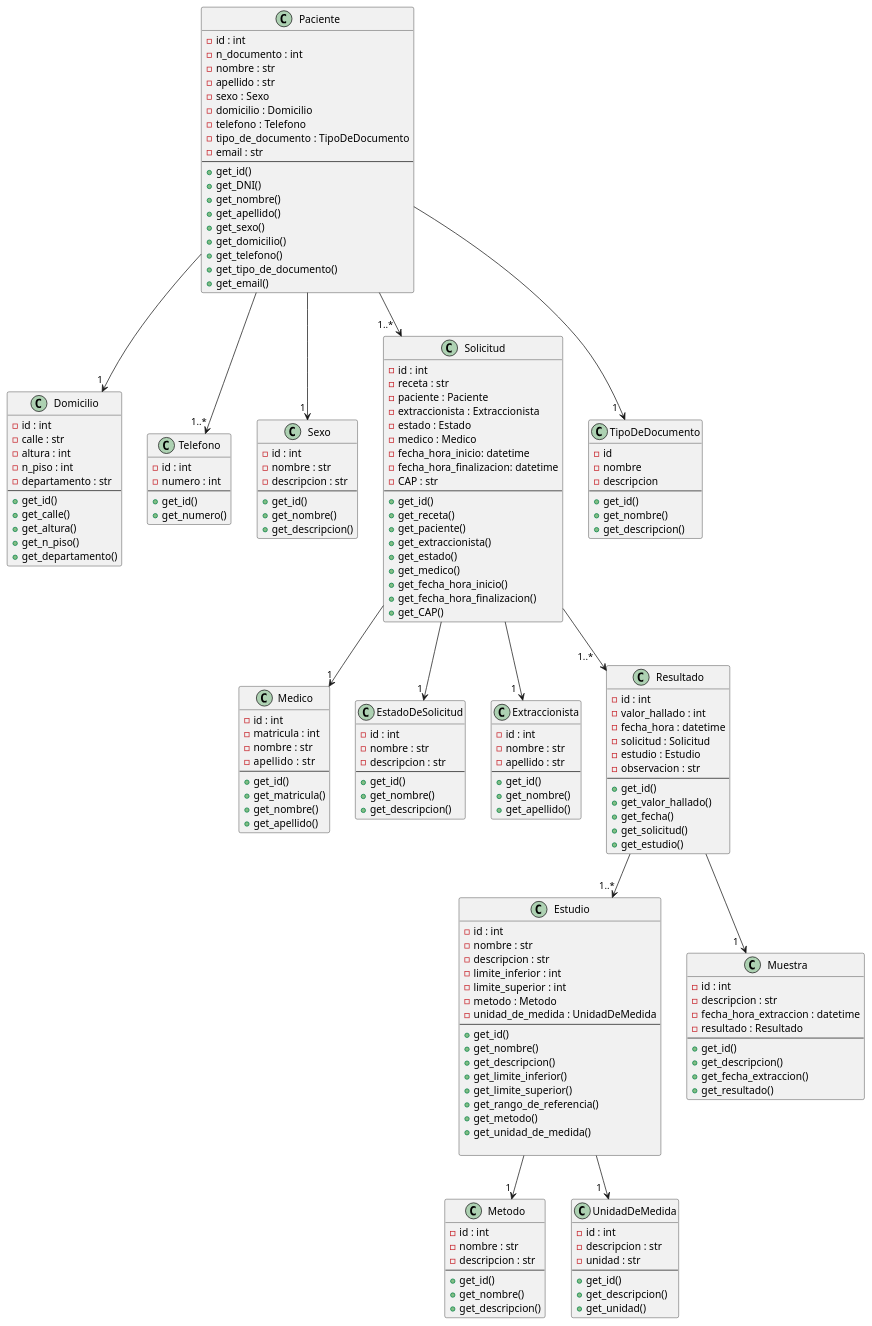
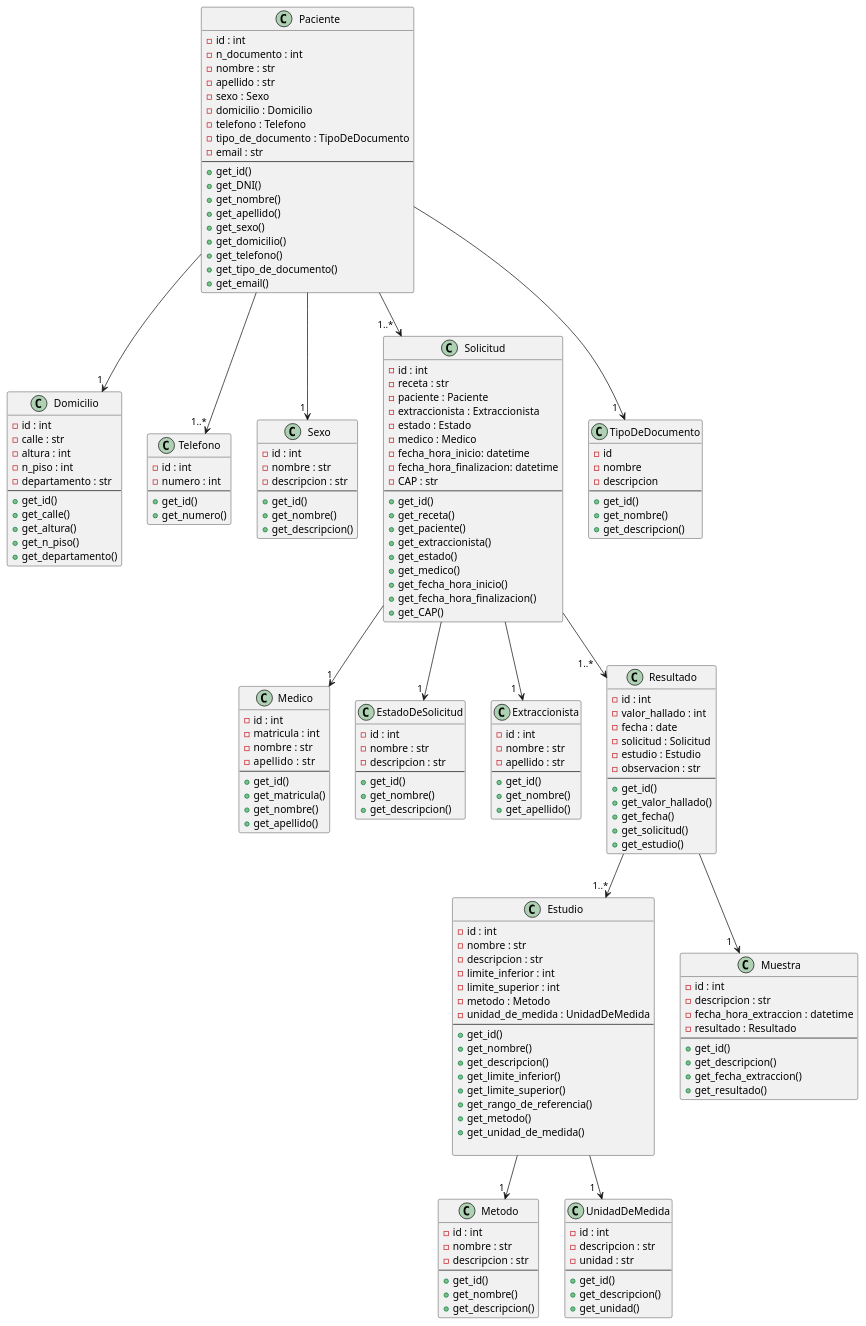
One commit to MateMar04/Biomedica changed the diagram in Diagrams/ClassDiagram.wsd. Above: the diagram before and after it, drawn with PlantUML. The commit also changed 2 other files, not shown here.

Commit message:
exported diagrams

```diff
--- a/Diagrams/ClassDiagram.wsd
+++ b/Diagrams/ClassDiagram.wsd
@@ -153,7 +153,7 @@
 class Resultado {
     - id : int
     - valor_hallado : int
-    - fecha_hora : datetime
+    - fecha : date
     - solicitud : Solicitud
     - estudio : Estudio
     - observacion : str
```
